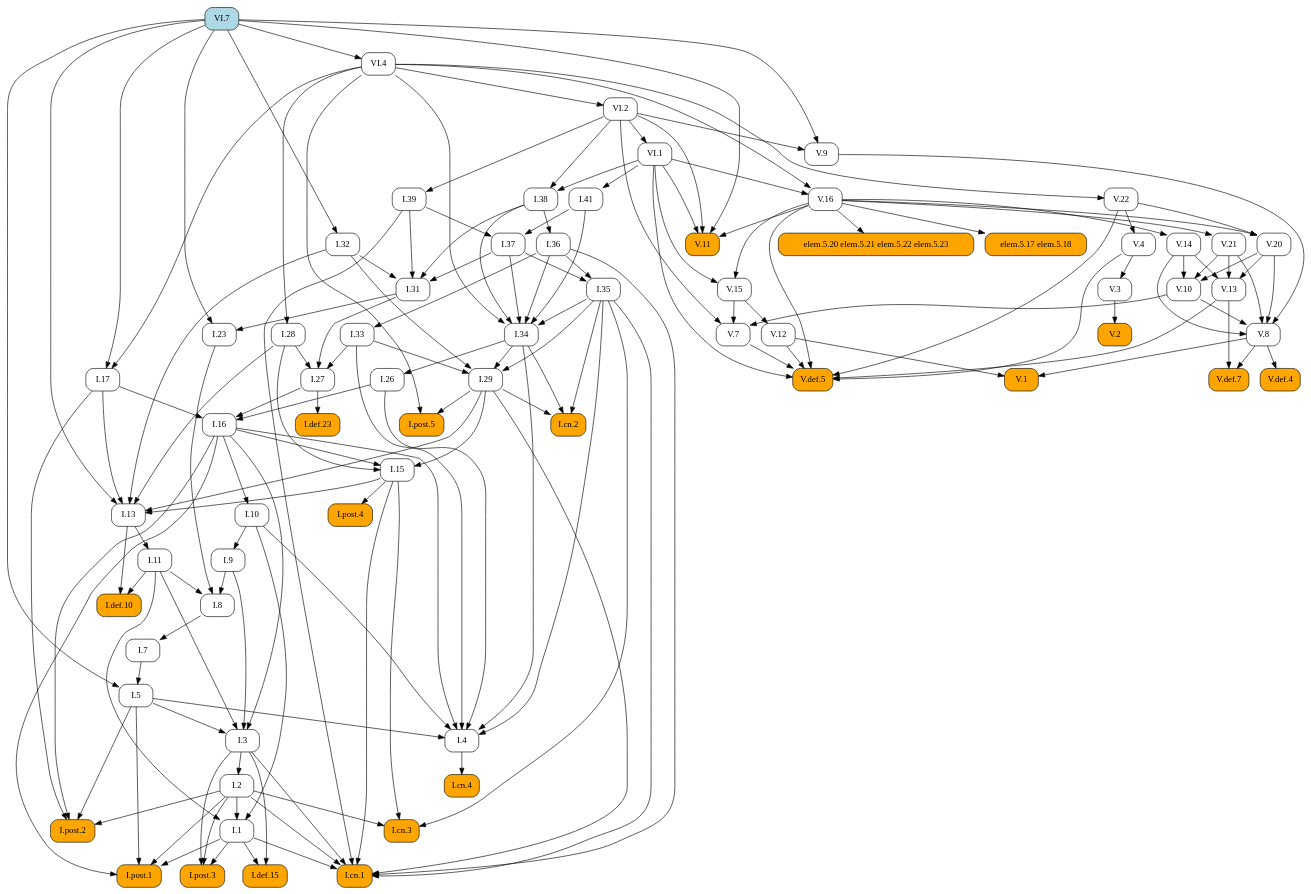
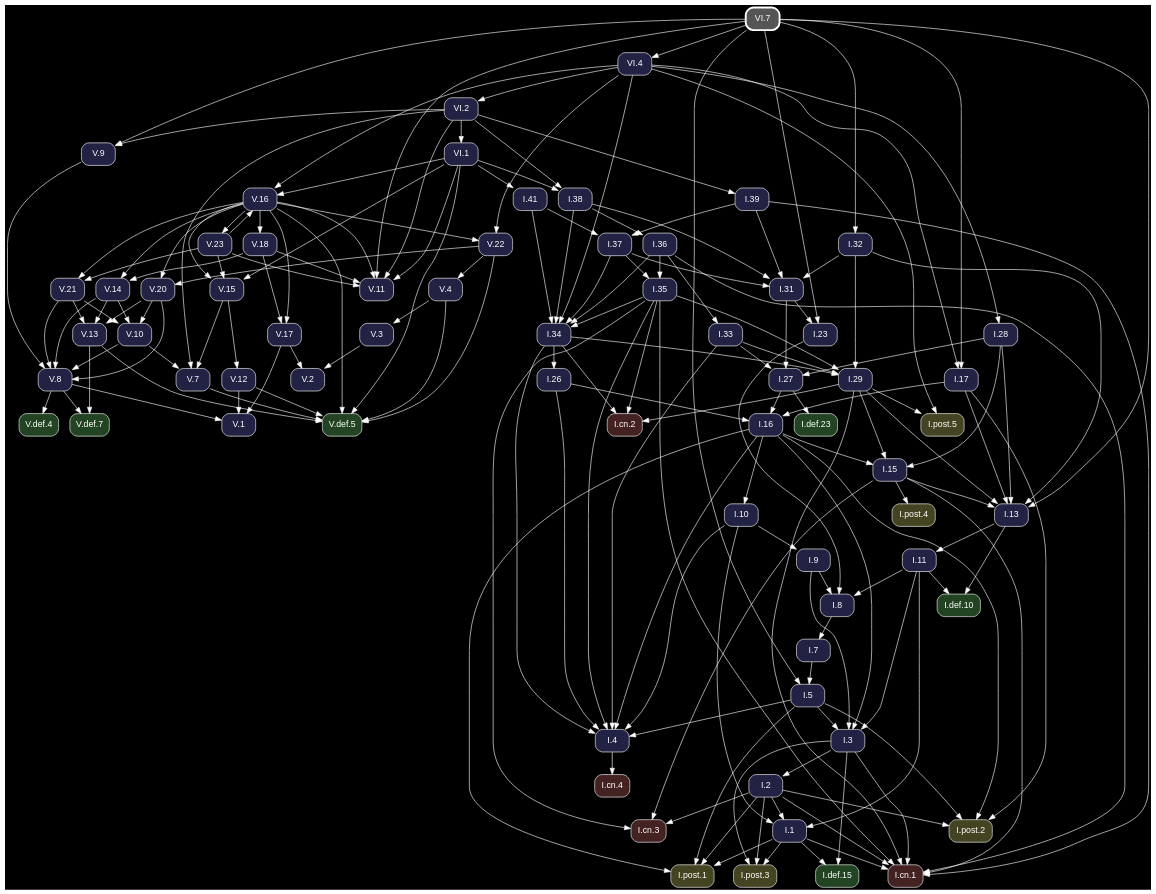
One commit to geometor/elements changed the diagram in docsrc/heath/VI/7/index.rst. Above: the diagram before and after it, drawn with Graphviz. The commit also changed other lines of this file and 1200 other files, not shown here.

Commit message:
update dependency graphs

```diff
--- a/docsrc/heath/VI/7/index.rst
+++ b/docsrc/heath/VI/7/index.rst
@@ -85,188 +85,82 @@
 .. graphviz::
 
    digraph {
+     bgcolor="black";
+     node [shape=box, style="rounded,filled", fontname="Helvetica", color="white", fontcolor="white"];
+     edge [color="white", fontcolor="white"];
      rankdir="TB";
-     node [shape=box, style=rounded];
-     "I.23" [URL="/heath/I/23/", target="_top"];
-     "I.9" [URL="/heath/I/9/", target="_top"];
-     "I.def.15" [style="rounded,filled", fillcolor=orange, URL="/heath/I/def.15/", target="_top"];
-     "V.13" [URL="/heath/V/13/", target="_top"];
-     "V.7" [URL="/heath/V/7/", target="_top"];
-     "elem.5.17 elem.5.18" [style="rounded,filled", fillcolor=orange];
-     "I.post.1" [style="rounded,filled", fillcolor=orange, URL="/heath/I/post.1/", target="_top"];
-     "V.14" [URL="/heath/V/14/", target="_top"];
-     "V.9" [URL="/heath/V/9/", target="_top"];
-     "I.31" [URL="/heath/I/31/", target="_top"];
-     "I.def.10" [style="rounded,filled", fillcolor=orange, URL="/heath/I/def.10/", target="_top"];
-     "V.10" [URL="/heath/V/10/", target="_top"];
-     "V.4" [URL="/heath/V/4/", target="_top"];
-     "VI.7" [style="rounded,filled", fillcolor=lightblue, URL="/heath/VI/7/", target="_top"];
-     "VI.1" [URL="/heath/VI/1/", target="_top"];
-     "I.39" [URL="/heath/I/39/", target="_top"];
-     "V.11" [style="rounded,filled", fillcolor=orange, URL="/heath/V/11/", target="_top"];
-     "I.34" [URL="/heath/I/34/", target="_top"];
-     "I.3" [URL="/heath/I/3/", target="_top"];
-     "V.def.4" [style="rounded,filled", fillcolor=orange, URL="/heath/V/def.4/", target="_top"];
-     "V.def.7" [style="rounded,filled", fillcolor=orange, URL="/heath/V/def.7/", target="_top"];
-     "I.2" [URL="/heath/I/2/", target="_top"];
-     "V.21" [URL="/heath/V/21/", target="_top"];
-     "V.3" [URL="/heath/V/3/", target="_top"];
-     "I.13" [URL="/heath/I/13/", target="_top"];
-     "I.post.4" [style="rounded,filled", fillcolor=orange, URL="/heath/I/post.4/", target="_top"];
-     "I.4" [URL="/heath/I/4/", target="_top"];
-     "I.1" [URL="/heath/I/1/", target="_top"];
-     "I.8" [URL="/heath/I/8/", target="_top"];
-     "I.17" [URL="/heath/I/17/", target="_top"];
-     "I.29" [URL="/heath/I/29/", target="_top"];
-     "V.8" [URL="/heath/V/8/", target="_top"];
-     "I.38" [URL="/heath/I/38/", target="_top"];
-     "I.15" [URL="/heath/I/15/", target="_top"];
-     "I.10" [URL="/heath/I/10/", target="_top"];
-     "I.11" [URL="/heath/I/11/", target="_top"];
-     "I.def.23" [style="rounded,filled", fillcolor=orange, URL="/heath/I/def.23/", target="_top"];
-     "VI.4" [URL="/heath/VI/4/", target="_top"];
-     "I.26" [URL="/heath/I/26/", target="_top"];
-     "V.16" [URL="/heath/V/16/", target="_top"];
-     "I.33" [URL="/heath/I/33/", target="_top"];
-     "I.32" [URL="/heath/I/32/", target="_top"];
-     "I.post.3" [style="rounded,filled", fillcolor=orange, URL="/heath/I/post.3/", target="_top"];
-     "V.def.5" [style="rounded,filled", fillcolor=orange, URL="/heath/V/def.5/", target="_top"];
-     "I.27" [URL="/heath/I/27/", target="_top"];
-     "V.20" [URL="/heath/V/20/", target="_top"];
-     "V.12" [URL="/heath/V/12/", target="_top"];
-     "V.2" [style="rounded,filled", fillcolor=orange, URL="/heath/V/2/", target="_top"];
-     "I.cn.1" [style="rounded,filled", fillcolor=orange, URL="/heath/I/cn.1/", target="_top"];
-     "I.35" [URL="/heath/I/35/", target="_top"];
-     "I.7" [URL="/heath/I/7/", target="_top"];
-     "I.36" [URL="/heath/I/36/", target="_top"];
-     "I.5" [URL="/heath/I/5/", target="_top"];
-     "I.37" [URL="/heath/I/37/", target="_top"];
-     "I.cn.3" [style="rounded,filled", fillcolor=orange, URL="/heath/I/cn.3/", target="_top"];
-     "I.16" [URL="/heath/I/16/", target="_top"];
-     "V.22" [URL="/heath/V/22/", target="_top"];
-     "V.1" [style="rounded,filled", fillcolor=orange, URL="/heath/V/1/", target="_top"];
-     "I.cn.2" [style="rounded,filled", fillcolor=orange, URL="/heath/I/cn.2/", target="_top"];
-     "I.post.5" [style="rounded,filled", fillcolor=orange, URL="/heath/I/post.5/", target="_top"];
-     "I.28" [URL="/heath/I/28/", target="_top"];
-     "VI.2" [URL="/heath/VI/2/", target="_top"];
-     "I.cn.4" [style="rounded,filled", fillcolor=orange, URL="/heath/I/cn.4/", target="_top"];
-     "I.post.2" [style="rounded,filled", fillcolor=orange, URL="/heath/I/post.2/", target="_top"];
-     "V.15" [URL="/heath/V/15/", target="_top"];
-     "I.41" [URL="/heath/I/41/", target="_top"];
-     "elem.5.20 elem.5.21 elem.5.22 elem.5.23" [style="rounded,filled", fillcolor=orange];
-     "I.31" -> "I.23";
-     "VI.7" -> "I.23";
-     "I.10" -> "I.9";
-     "I.1" -> "I.def.15";
-     "I.3" -> "I.def.15";
-     "V.14" -> "V.13";
-     "V.20" -> "V.13";
-     "V.21" -> "V.13";
-     "V.10" -> "V.7";
-     "V.15" -> "V.7";
-     "VI.2" -> "V.7";
-     "V.16" -> "elem.5.17 elem.5.18";
-     "I.1" -> "I.post.1";
-     "I.2" -> "I.post.1";
-     "I.5" -> "I.post.1";
-     "I.16" -> "I.post.1";
-     "V.16" -> "V.14";
-     "VI.2" -> "V.9";
-     "VI.7" -> "V.9";
-     "I.32" -> "I.31";
-     "I.37" -> "I.31";
-     "I.38" -> "I.31";
-     "I.39" -> "I.31";
-     "I.11" -> "I.def.10";
-     "I.13" -> "I.def.10";
-     "V.14" -> "V.10";
-     "V.20" -> "V.10";
-     "V.21" -> "V.10";
-     "V.22" -> "V.4";
-     "VI.2" -> "VI.1";
-     "VI.2" -> "I.39";
-     "V.16" -> "V.11";
-     "VI.1" -> "V.11";
-     "VI.2" -> "V.11";
-     "VI.7" -> "V.11";
-     "I.35" -> "I.34";
-     "I.36" -> "I.34";
-     "I.37" -> "I.34";
-     "I.38" -> "I.34";
-     "I.41" -> "I.34";
-     "VI.4" -> "I.34";
-     "I.5" -> "I.3";
-     "I.9" -> "I.3";
-     "I.11" -> "I.3";
-     "I.16" -> "I.3";
-     "V.8" -> "V.def.4";
-     "V.8" -> "V.def.7";
-     "V.13" -> "V.def.7";
-     "I.3" -> "I.2";
-     "V.16" -> "V.21";
-     "V.4" -> "V.3";
-     "I.15" -> "I.13";
-     "I.17" -> "I.13";
-     "I.28" -> "I.13";
-     "I.29" -> "I.13";
-     "I.32" -> "I.13";
-     "VI.7" -> "I.13";
-     "I.15" -> "I.post.4";
-     "I.5" -> "I.4";
-     "I.10" -> "I.4";
-     "I.16" -> "I.4";
-     "I.26" -> "I.4";
-     "I.33" -> "I.4";
-     "I.34" -> "I.4";
-     "I.35" -> "I.4";
-     "I.2" -> "I.1";
-     "I.10" -> "I.1";
-     "I.11" -> "I.1";
-     "I.9" -> "I.8";
-     "I.11" -> "I.8";
-     "I.23" -> "I.8";
-     "VI.4" -> "I.17";
-     "VI.7" -> "I.17";
-     "I.32" -> "I.29";
-     "I.33" -> "I.29";
-     "I.34" -> "I.29";
-     "I.35" -> "I.29";
-     "V.9" -> "V.8";
-     "V.10" -> "V.8";
-     "V.14" -> "V.8";
-     "V.20" -> "V.8";
-     "V.21" -> "V.8";
-     "VI.1" -> "I.38";
-     "VI.2" -> "I.38";
-     "I.16" -> "I.15";
-     "I.28" -> "I.15";
-     "I.29" -> "I.15";
-     "I.16" -> "I.10";
-     "I.13" -> "I.11";
-     "I.27" -> "I.def.23";
-     "VI.7" -> "VI.4";
-     "I.34" -> "I.26";
-     "VI.1" -> "V.16";
-     "VI.4" -> "V.16";
-     "I.36" -> "I.33";
+     "V.15" [fillcolor="#222244", URL="/heath/V/15/", target="_top"];
+     "I.32" [fillcolor="#222244", URL="/heath/I/32/", target="_top"];
+     "I.cn.1" [fillcolor="#442222", URL="/heath/I/cn.1/", target="_top"];
+     "V.18" [fillcolor="#222244", URL="/heath/V/18/", target="_top"];
+     "V.14" [fillcolor="#222244", URL="/heath/V/14/", target="_top"];
+     "I.28" [fillcolor="#222244", URL="/heath/I/28/", target="_top"];
+     "I.27" [fillcolor="#222244", URL="/heath/I/27/", target="_top"];
+     "V.23" [fillcolor="#222244", URL="/heath/V/23/", target="_top"];
+     "I.2" [fillcolor="#222244", URL="/heath/I/2/", target="_top"];
+     "I.41" [fillcolor="#222244", URL="/heath/I/41/", target="_top"];
+     "I.post.4" [fillcolor="#444422", URL="/heath/I/post.4/", target="_top"];
+     "I.26" [fillcolor="#222244", URL="/heath/I/26/", target="_top"];
+     "I.8" [fillcolor="#222244", URL="/heath/I/8/", target="_top"];
+     "V.4" [fillcolor="#222244", URL="/heath/V/4/", target="_top"];
+     "V.16" [fillcolor="#222244", URL="/heath/V/16/", target="_top"];
+     "VI.2" [fillcolor="#222244", URL="/heath/VI/2/", target="_top"];
+     "I.7" [fillcolor="#222244", URL="/heath/I/7/", target="_top"];
+     "I.5" [fillcolor="#222244", URL="/heath/I/5/", target="_top"];
+     "V.11" [fillcolor="#222244", URL="/heath/V/11/", target="_top"];
+     "V.def.4" [fillcolor="#224422", URL="/heath/V/def.4/", target="_top"];
+     "V.20" [fillcolor="#222244", URL="/heath/V/20/", target="_top"];
+     "I.11" [fillcolor="#222244", URL="/heath/I/11/", target="_top"];
+     "I.37" [fillcolor="#222244", URL="/heath/I/37/", target="_top"];
+     "I.cn.3" [fillcolor="#442222", URL="/heath/I/cn.3/", target="_top"];
+     "I.36" [fillcolor="#222244", URL="/heath/I/36/", target="_top"];
+     "I.38" [fillcolor="#222244", URL="/heath/I/38/", target="_top"];
+     "I.post.2" [fillcolor="#444422", URL="/heath/I/post.2/", target="_top"];
+     "I.def.23" [fillcolor="#224422", URL="/heath/I/def.23/", target="_top"];
+     "I.35" [fillcolor="#222244", URL="/heath/I/35/", target="_top"];
+     "I.post.3" [fillcolor="#444422", URL="/heath/I/post.3/", target="_top"];
+     "V.13" [fillcolor="#222244", URL="/heath/V/13/", target="_top"];
+     "V.8" [fillcolor="#222244", URL="/heath/V/8/", target="_top"];
+     "I.33" [fillcolor="#222244", URL="/heath/I/33/", target="_top"];
+     "V.10" [fillcolor="#222244", URL="/heath/V/10/", target="_top"];
+     "I.17" [fillcolor="#222244", URL="/heath/I/17/", target="_top"];
+     "V.def.5" [fillcolor="#224422", URL="/heath/V/def.5/", target="_top"];
+     "V.22" [fillcolor="#222244", URL="/heath/V/22/", target="_top"];
+     "I.31" [fillcolor="#222244", URL="/heath/I/31/", target="_top"];
+     "VI.7" [penwidth=3, color="white", fillcolor="#555555", URL="/heath/VI/7/", target="_top"];
+     "I.3" [fillcolor="#222244", URL="/heath/I/3/", target="_top"];
+     "V.12" [fillcolor="#222244", URL="/heath/V/12/", target="_top"];
+     "I.def.10" [fillcolor="#224422", URL="/heath/I/def.10/", target="_top"];
+     "I.15" [fillcolor="#222244", URL="/heath/I/15/", target="_top"];
+     "I.39" [fillcolor="#222244", URL="/heath/I/39/", target="_top"];
+     "I.13" [fillcolor="#222244", URL="/heath/I/13/", target="_top"];
+     "I.cn.2" [fillcolor="#442222", URL="/heath/I/cn.2/", target="_top"];
+     "I.9" [fillcolor="#222244", URL="/heath/I/9/", target="_top"];
+     "I.1" [fillcolor="#222244", URL="/heath/I/1/", target="_top"];
+     "I.post.5" [fillcolor="#444422", URL="/heath/I/post.5/", target="_top"];
+     "I.23" [fillcolor="#222244", URL="/heath/I/23/", target="_top"];
+     "I.4" [fillcolor="#222244", URL="/heath/I/4/", target="_top"];
+     "VI.4" [fillcolor="#222244", URL="/heath/VI/4/", target="_top"];
+     "V.7" [fillcolor="#222244", URL="/heath/V/7/", target="_top"];
+     "V.9" [fillcolor="#222244", URL="/heath/V/9/", target="_top"];
+     "I.10" [fillcolor="#222244", URL="/heath/I/10/", target="_top"];
+     "VI.1" [fillcolor="#222244", URL="/heath/VI/1/", target="_top"];
+     "V.def.7" [fillcolor="#224422", URL="/heath/V/def.7/", target="_top"];
+     "I.post.1" [fillcolor="#444422", URL="/heath/I/post.1/", target="_top"];
+     "I.16" [fillcolor="#222244", URL="/heath/I/16/", target="_top"];
+     "I.29" [fillcolor="#222244", URL="/heath/I/29/", target="_top"];
+     "I.cn.4" [fillcolor="#442222", URL="/heath/I/cn.4/", target="_top"];
+     "V.2" [fillcolor="#222244", URL="/heath/V/2/", target="_top"];
+     "V.1" [fillcolor="#222244", URL="/heath/V/1/", target="_top"];
+     "V.21" [fillcolor="#222244", URL="/heath/V/21/", target="_top"];
+     "I.34" [fillcolor="#222244", URL="/heath/I/34/", target="_top"];
+     "I.def.15" [fillcolor="#224422", URL="/heath/I/def.15/", target="_top"];
+     "V.3" [fillcolor="#222244", URL="/heath/V/3/", target="_top"];
+     "V.17" [fillcolor="#222244", URL="/heath/V/17/", target="_top"];
+     "V.16" -> "V.15";
+     "V.23" -> "V.15";
+     "VI.1" -> "V.15";
      "VI.7" -> "I.32";
-     "I.1" -> "I.post.3";
-     "I.2" -> "I.post.3";
-     "I.3" -> "I.post.3";
-     "V.4" -> "V.def.5";
-     "V.7" -> "V.def.5";
-     "V.12" -> "V.def.5";
-     "V.13" -> "V.def.5";
-     "V.16" -> "V.def.5";
-     "V.22" -> "V.def.5";
-     "VI.1" -> "V.def.5";
-     "I.28" -> "I.27";
-     "I.31" -> "I.27";
-     "I.33" -> "I.27";
-     "V.16" -> "V.20";
-     "V.22" -> "V.20";
-     "V.15" -> "V.12";
-     "V.3" -> "V.2";
      "I.1" -> "I.cn.1";
      "I.2" -> "I.cn.1";
      "I.3" -> "I.cn.1";
@@ -275,37 +169,157 @@
      "I.35" -> "I.cn.1";
      "I.36" -> "I.cn.1";
      "I.39" -> "I.cn.1";
-     "I.36" -> "I.35";
-     "I.37" -> "I.35";
+     "V.16" -> "V.18";
+     "V.16" -> "V.14";
+     "V.18" -> "V.14";
+     "VI.4" -> "I.28";
+     "I.28" -> "I.27";
+     "I.31" -> "I.27";
+     "I.33" -> "I.27";
+     "V.16" -> "V.23";
+     "I.3" -> "I.2";
+     "VI.1" -> "I.41";
+     "I.15" -> "I.post.4";
+     "I.34" -> "I.26";
+     "I.9" -> "I.8";
+     "I.11" -> "I.8";
+     "I.23" -> "I.8";
+     "V.22" -> "V.4";
+     "V.23" -> "V.16";
+     "VI.1" -> "V.16";
+     "VI.4" -> "V.16";
+     "VI.4" -> "VI.2";
      "I.8" -> "I.7";
-     "I.38" -> "I.36";
      "I.7" -> "I.5";
      "VI.7" -> "I.5";
+     "V.16" -> "V.11";
+     "V.18" -> "V.11";
+     "V.23" -> "V.11";
+     "VI.1" -> "V.11";
+     "VI.2" -> "V.11";
+     "VI.7" -> "V.11";
+     "V.8" -> "V.def.4";
+     "V.16" -> "V.20";
+     "V.22" -> "V.20";
+     "I.13" -> "I.11";
      "I.39" -> "I.37";
      "I.41" -> "I.37";
      "I.2" -> "I.cn.3";
      "I.15" -> "I.cn.3";
      "I.35" -> "I.cn.3";
-     "I.17" -> "I.16";
-     "I.26" -> "I.16";
-     "I.27" -> "I.16";
-     "VI.4" -> "V.22";
-     "V.8" -> "V.1";
-     "V.12" -> "V.1";
-     "I.29" -> "I.cn.2";
-     "I.34" -> "I.cn.2";
-     "I.35" -> "I.cn.2";
-     "I.29" -> "I.post.5";
-     "VI.4" -> "I.post.5";
-     "VI.4" -> "I.28";
-     "VI.4" -> "VI.2";
-     "I.4" -> "I.cn.4";
+     "I.38" -> "I.36";
+     "VI.1" -> "I.38";
+     "VI.2" -> "I.38";
      "I.2" -> "I.post.2";
      "I.5" -> "I.post.2";
      "I.16" -> "I.post.2";
      "I.17" -> "I.post.2";
-     "V.16" -> "V.15";
-     "VI.1" -> "V.15";
-     "VI.1" -> "I.41";
-     "V.16" -> "elem.5.20 elem.5.21 elem.5.22 elem.5.23";
+     "I.27" -> "I.def.23";
+     "I.36" -> "I.35";
+     "I.37" -> "I.35";
+     "I.1" -> "I.post.3";
+     "I.2" -> "I.post.3";
+     "I.3" -> "I.post.3";
+     "V.14" -> "V.13";
+     "V.20" -> "V.13";
+     "V.21" -> "V.13";
+     "V.9" -> "V.8";
+     "V.10" -> "V.8";
+     "V.14" -> "V.8";
+     "V.20" -> "V.8";
+     "V.21" -> "V.8";
+     "I.36" -> "I.33";
+     "V.14" -> "V.10";
+     "V.20" -> "V.10";
+     "V.21" -> "V.10";
+     "VI.4" -> "I.17";
+     "VI.7" -> "I.17";
+     "V.4" -> "V.def.5";
+     "V.7" -> "V.def.5";
+     "V.12" -> "V.def.5";
+     "V.13" -> "V.def.5";
+     "V.16" -> "V.def.5";
+     "V.22" -> "V.def.5";
+     "VI.1" -> "V.def.5";
+     "V.16" -> "V.22";
+     "VI.4" -> "V.22";
+     "I.32" -> "I.31";
+     "I.37" -> "I.31";
+     "I.38" -> "I.31";
+     "I.39" -> "I.31";
+     "I.5" -> "I.3";
+     "I.9" -> "I.3";
+     "I.11" -> "I.3";
+     "I.16" -> "I.3";
+     "V.15" -> "V.12";
+     "I.11" -> "I.def.10";
+     "I.13" -> "I.def.10";
+     "I.16" -> "I.15";
+     "I.28" -> "I.15";
+     "I.29" -> "I.15";
+     "VI.2" -> "I.39";
+     "I.15" -> "I.13";
+     "I.17" -> "I.13";
+     "I.28" -> "I.13";
+     "I.29" -> "I.13";
+     "I.32" -> "I.13";
+     "VI.7" -> "I.13";
+     "I.29" -> "I.cn.2";
+     "I.34" -> "I.cn.2";
+     "I.35" -> "I.cn.2";
+     "I.10" -> "I.9";
+     "I.2" -> "I.1";
+     "I.10" -> "I.1";
+     "I.11" -> "I.1";
+     "I.29" -> "I.post.5";
+     "VI.4" -> "I.post.5";
+     "I.31" -> "I.23";
+     "VI.7" -> "I.23";
+     "I.5" -> "I.4";
+     "I.10" -> "I.4";
+     "I.16" -> "I.4";
+     "I.26" -> "I.4";
+     "I.33" -> "I.4";
+     "I.34" -> "I.4";
+     "I.35" -> "I.4";
+     "VI.7" -> "VI.4";
+     "V.10" -> "V.7";
+     "V.15" -> "V.7";
+     "VI.2" -> "V.7";
+     "VI.2" -> "V.9";
+     "VI.7" -> "V.9";
+     "I.16" -> "I.10";
+     "VI.2" -> "VI.1";
+     "V.8" -> "V.def.7";
+     "V.13" -> "V.def.7";
+     "I.1" -> "I.post.1";
+     "I.2" -> "I.post.1";
+     "I.5" -> "I.post.1";
+     "I.16" -> "I.post.1";
+     "I.17" -> "I.16";
+     "I.26" -> "I.16";
+     "I.27" -> "I.16";
+     "I.32" -> "I.29";
+     "I.33" -> "I.29";
+     "I.34" -> "I.29";
+     "I.35" -> "I.29";
+     "I.4" -> "I.cn.4";
+     "V.3" -> "V.2";
+     "V.17" -> "V.2";
+     "V.8" -> "V.1";
+     "V.12" -> "V.1";
+     "V.17" -> "V.1";
+     "V.16" -> "V.21";
+     "V.23" -> "V.21";
+     "I.35" -> "I.34";
+     "I.36" -> "I.34";
+     "I.37" -> "I.34";
+     "I.38" -> "I.34";
+     "I.41" -> "I.34";
+     "VI.4" -> "I.34";
+     "I.1" -> "I.def.15";
+     "I.3" -> "I.def.15";
+     "V.4" -> "V.3";
+     "V.16" -> "V.17";
+     "V.18" -> "V.17";
    }
```
